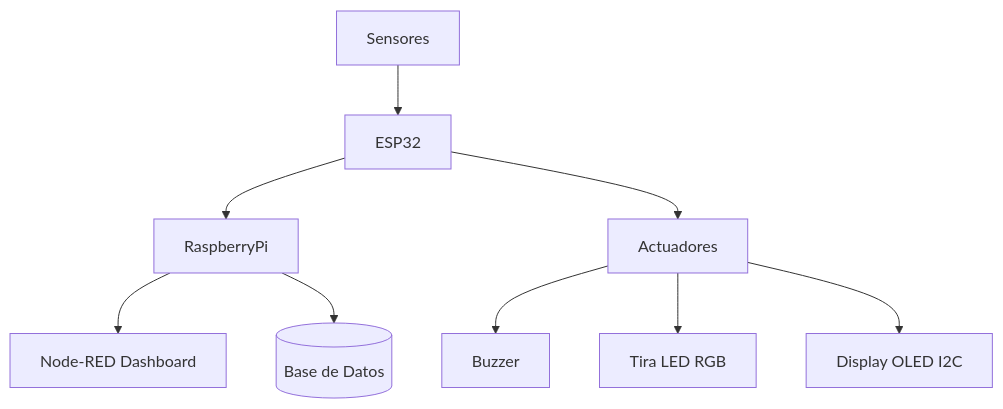
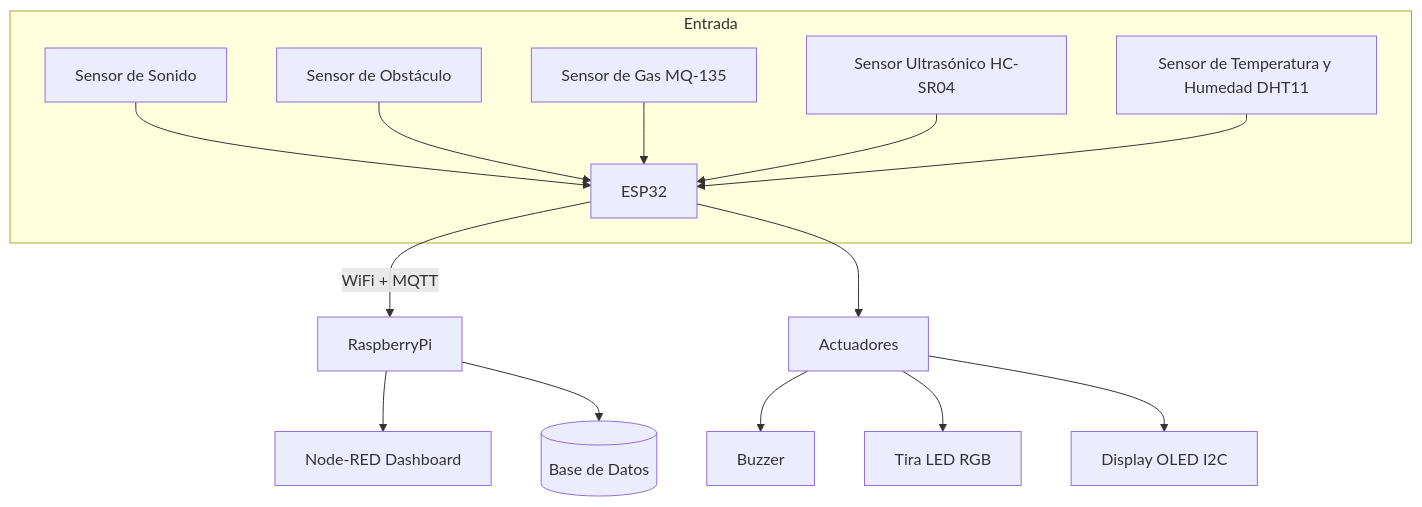
The diagram in README.md (Vir-gil-io/AppsIoT-ProyectoFinal2025), drawn with Mermaid before and after one commit.

````diff
--- a/README.md
+++ b/README.md
@@ -21,11 +21,20 @@
 ```mermaid
 graph TD;
-    Sensores --> ESP32
-    ESP32 --> RaspberryPi
+    subgraph Entrada
+    mic[Sensor de Sonido] --> ESP32
+    ir[Sensor de Obstáculo] --> ESP32
+    gas[Sensor de Gas MQ-135] --> ESP32
+    dist[Sensor Ultrasónico HC-SR04] --> ESP32
+    temp[Sensor de Temperatura y Humedad DHT11] --> ESP32
+    end
+
+    ESP32 -->|WiFi + MQTT| RaspberryPi
     ESP32 --> Actuadores
+
     RaspberryPi --> Dashboard[Node-RED Dashboard]
+    RaspberryPi --> PostgreSQL[(Base de Datos)]
+
     Actuadores --> Buzzer
     Actuadores --> LED[Tira LED RGB]
     Actuadores --> OLED[Display OLED I2C]
-    RaspberryPi --> PostgreSQL[(Base de Datos)]
 ```
````
